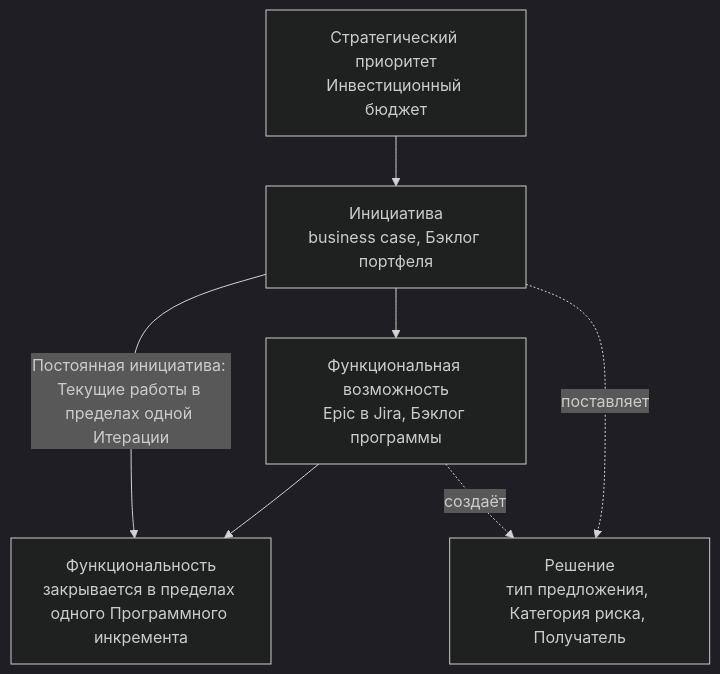
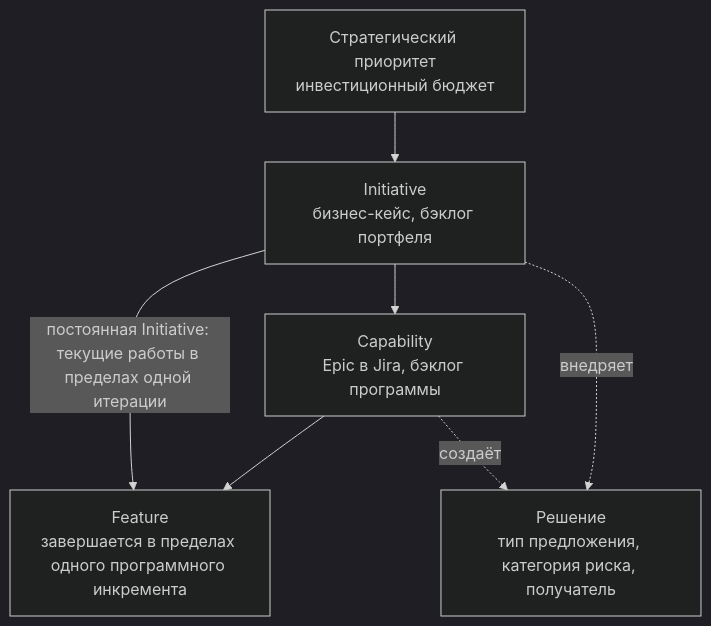
Before and after one commit to devhogu/ob-aicc: the eighth of 8 diagrams in charter/ru/documents/portfolio-management-model.md, drawn with Mermaid (dark theme). The commit also changed other lines of this file and 4 other files, not shown here.

````diff
--- a/charter/ru/documents/portfolio-management-model.md
+++ b/charter/ru/documents/portfolio-management-model.md
@@ -301,9 +301,9 @@
 ```mermaid
 flowchart TB
-  SP["Стратегический приоритет<br/>Инвестиционный бюджет"] --> INI["Инициатива<br/>business case, Бэклог портфеля"]
-  INI --> CAP["Функциональная возможность<br/>Epic в Jira, Бэклог программы"]
-  CAP --> FT["Функциональность<br/>закрывается в пределах одного Программного инкремента"]
-  INI -->|Постоянная инициатива: Текущие работы в пределах одной Итерации| FT
-  INI -.поставляет.-> SOL["Решение<br/>тип предложения, Категория риска, Получатель"]
+  SP["Стратегический приоритет<br/>инвестиционный бюджет"] --> INI["Initiative<br/>бизнес-кейс, бэклог портфеля"]
+  INI --> CAP["Capability<br/>Epic в Jira, бэклог программы"]
+  CAP --> FT["Feature<br/>завершается в пределах одного программного инкремента"]
+  INI -->|постоянная Initiative: текущие работы в пределах одной итерации| FT
+  INI -.внедряет.-> SOL["Решение<br/>тип предложения, категория риска, получатель"]
   CAP -.создаёт.-> SOL
 ```
````
